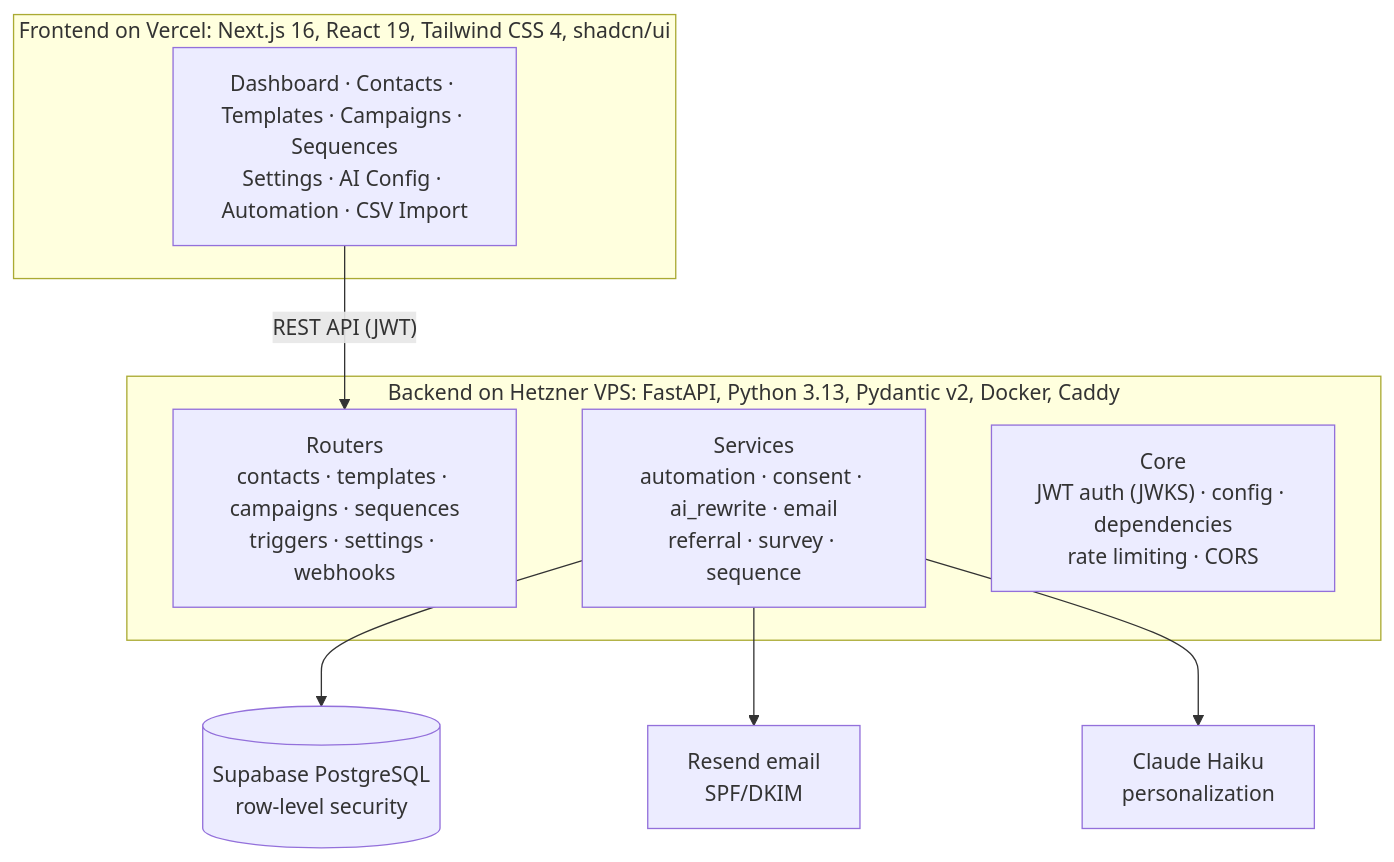
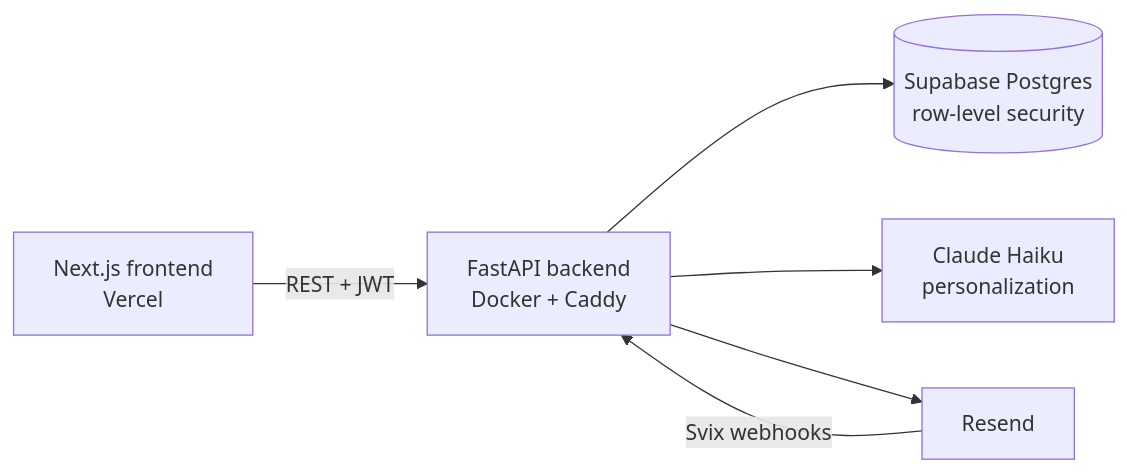
One commit to jmenzler/relaio changed the diagram in README.md. Above: the diagram before and after it, drawn with Mermaid. The commit also changed other lines of this file, not shown here.

First line of the commit message:
Rewrite README: lead with problem, design decisions, claim-safe evidence

````diff
--- a/README.md
+++ b/README.md
@@ -45,15 +33,8 @@
 ```mermaid
-flowchart TB
-    subgraph FE["Frontend on Vercel: Next.js 16, React 19, Tailwind CSS 4, shadcn/ui"]
-        pages["Dashboard · Contacts · Templates · Campaigns · Sequences<br/>Settings · AI Config · Automation · CSV Import"]
-    end
-    subgraph BE["Backend on Hetzner VPS: FastAPI, Python 3.13, Pydantic v2, Docker, Caddy"]
-        routers["Routers<br/>contacts · templates · campaigns · sequences<br/>triggers · settings · webhooks"]
-        services["Services<br/>automation · consent · ai_rewrite · email<br/>referral · survey · sequence"]
-        core["Core<br/>JWT auth (JWKS) · config · dependencies<br/>rate limiting · CORS"]
-    end
-    pages -- "REST API (JWT)" --> routers
-    services --> db[("Supabase PostgreSQL<br/>row-level security")]
-    services --> mail["Resend email<br/>SPF/DKIM"]
-    services --> ai["Claude Haiku<br/>personalization"]
+flowchart LR
+    web["Next.js frontend<br/>Vercel"] -- "REST + JWT" --> api["FastAPI backend<br/>Docker + Caddy"]
+    api --> db[("Supabase Postgres<br/>row-level security")]
+    api --> ai["Claude Haiku<br/>personalization"]
+    api --> mail["Resend"]
+    mail -- "Svix webhooks" --> api
 ```
````
